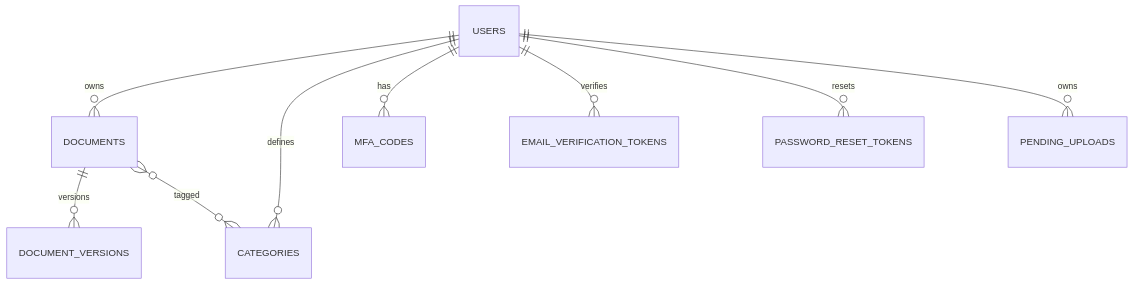
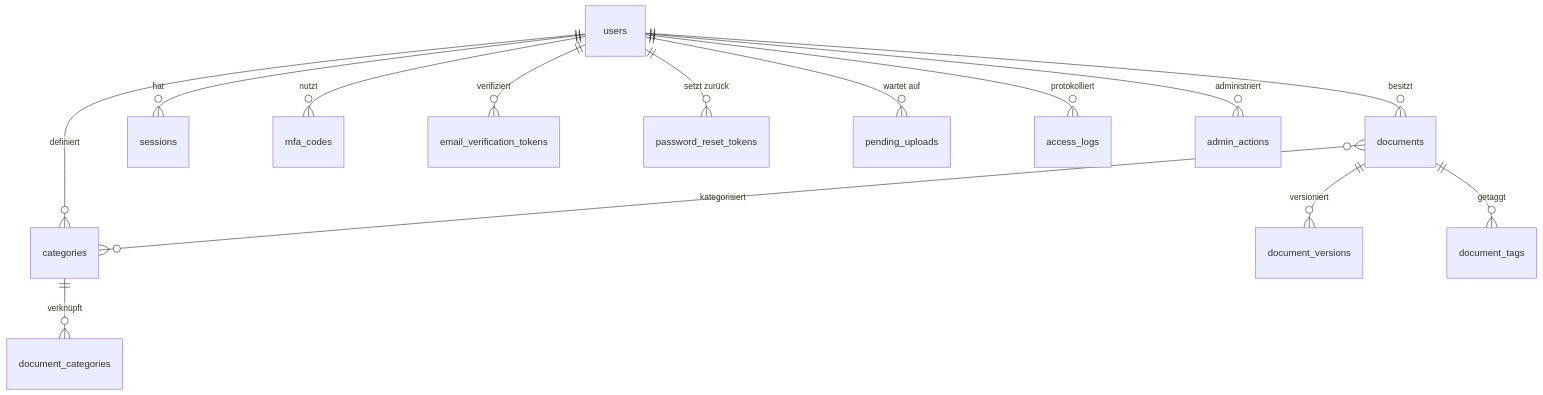
One commit to CHFChris/Dokumentation-zur-Projektarbeit changed the diagram in docs/developer/database.md. Above: the diagram before and after it, drawn with Mermaid. The commit also changed other lines of this file and 19 other files, not shown here.

````diff
--- a/docs/developer/database.md
+++ b/docs/developer/database.md
@@ -17,11 +20,19 @@
 ```mermaid
 erDiagram
-  USERS ||--o{ DOCUMENTS : owns
-  DOCUMENTS ||--o{ DOCUMENT_VERSIONS : versions
-  USERS ||--o{ CATEGORIES : defines
-  DOCUMENTS }o--o{ CATEGORIES : tagged
-  USERS ||--o{ MFA_CODES : has
-  USERS ||--o{ EMAIL_VERIFICATION_TOKENS : verifies
-  USERS ||--o{ PASSWORD_RESET_TOKENS : resets
-  USERS ||--o{ PENDING_UPLOADS : owns
+    users ||--o{ documents : "besitzt"
+    users ||--o{ categories : "definiert"
+    users ||--o{ sessions : "hat"
+    users ||--o{ mfa_codes : "nutzt"
+    users ||--o{ email_verification_tokens : "verifiziert"
+    users ||--o{ password_reset_tokens : "setzt zurück"
+    users ||--o{ pending_uploads : "wartet auf"
+
+    documents ||--o{ document_versions : "versioniert"
+    documents }o--o{ categories : "kategorisiert"
+    documents ||--o{ document_tags : "getaggt"
+
+    categories ||--o{ document_categories : "verknüpft"
+
+    users ||--o{ access_logs : "protokolliert"
+    users ||--o{ admin_actions : "administriert"
 ```
````
